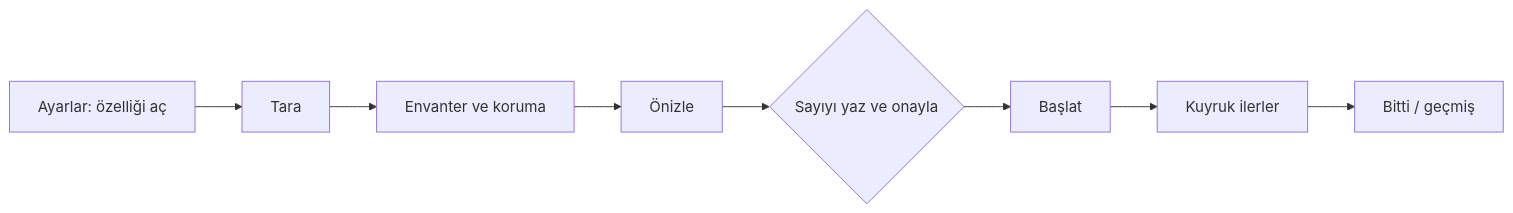
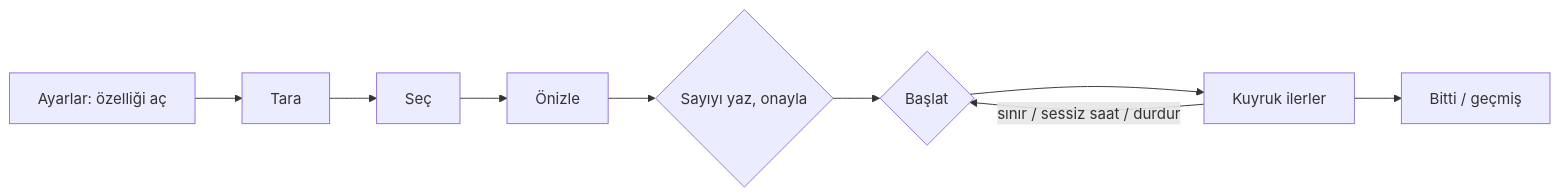
One commit to GktuOktay/InstaAnalytic changed the first of 6 diagrams in docs/specs/SPEC-001-kaydedilen-ve-dm-temizleme.md. Above: the diagram before and after it, drawn with Mermaid. The commit also changed other lines of this file and 13 other files, not shown here.

````diff
--- a/docs/specs/SPEC-001-kaydedilen-ve-dm-temizleme.md
+++ b/docs/specs/SPEC-001-kaydedilen-ve-dm-temizleme.md
@@ -92,10 +171,11 @@
 ```mermaid
 flowchart LR
   A[Ayarlar: özelliği aç] --> B[Tara]
-  B --> C[Envanter ve koruma]
+  B --> C[Seç]
   C --> D[Önizle]
-  D --> E{Sayıyı yaz ve onayla}
-  E --> F[Başlat]
+  D --> E{Sayıyı yaz, onayla}
+  E --> F{Başlat}
   F --> G[Kuyruk ilerler]
+  G -->|sınır / sessiz saat / durdur| F
   G --> H[Bitti / geçmiş]
 ```
````
